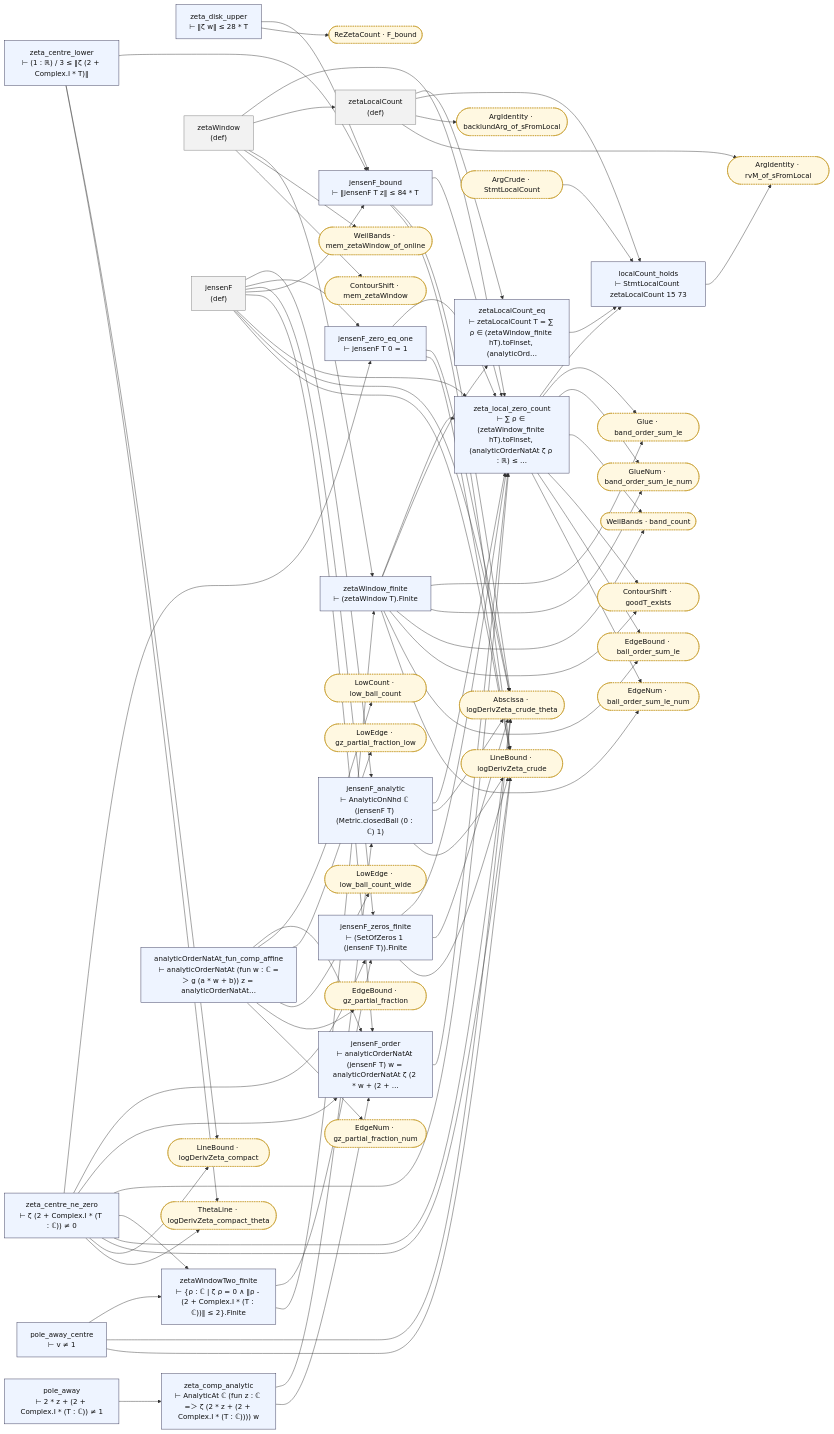
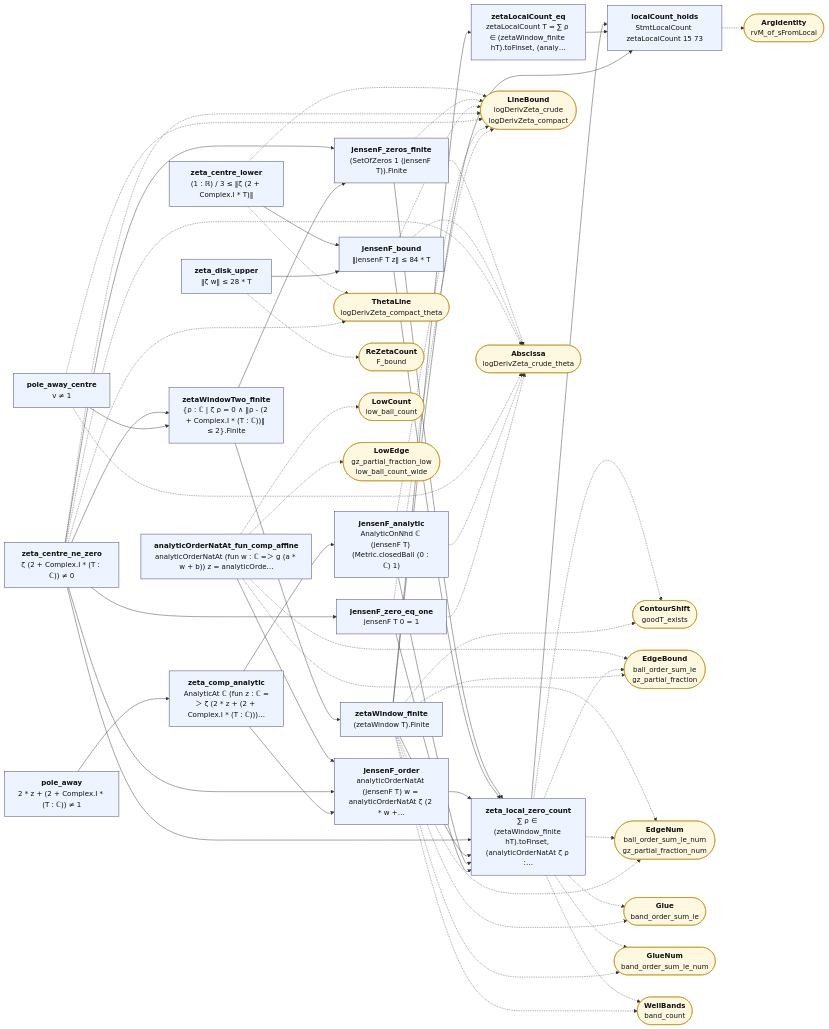
Before and after one commit to juliansambranojr/Primebeat_081426: the diagram in map/lean_stage3/JensenCount.md, drawn with Mermaid. The commit also changed other lines of this file and 387 other files, not shown here.

````diff
--- a/map/lean_stage3/JensenCount.md
+++ b/map/lean_stage3/JensenCount.md
@@ -8,126 +12,95 @@
 ```mermaid
 flowchart LR
-  n0["zeta_centre_lower<br/>⊢ (1 : ℝ) / 3 ≤ ‖ζ (2 + Complex.I * T)‖"]:::thm
-  n1["zeta_disk_upper<br/>⊢ ‖ζ w‖ ≤ 28 * T"]:::thm
-  n2["zeta_centre_ne_zero<br/>⊢ ζ (2 + Complex.I * (T : ℂ)) ≠ 0"]:::thm
-  n3["pole_away<br/>⊢ 2 * z + (2 + Complex.I * (T : ℂ)) ≠ 1"]:::thm
-  n4["pole_away_centre<br/>⊢ v ≠ 1"]:::thm
-  n5["zetaWindowTwo_finite<br/>⊢ {ρ : ℂ | ζ ρ = 0 ∧ ‖ρ - (2 + Complex.I * (T : ℂ))‖ ≤ 2}.Finite"]:::thm
-  n6["zetaWindow<br/>(def)"]:::dfn
-  n7["zetaWindow_finite<br/>⊢ (zetaWindow T).Finite"]:::thm
-  n8["jensenF<br/>(def)"]:::dfn
-  n9["zeta_comp_analytic<br/>⊢ AnalyticAt ℂ (fun z : ℂ =＞ ζ (2 * z + (2 + Complex.I * (T : ℂ)))) w"]:::thm
-  n10["jensenF_analytic<br/>⊢ AnalyticOnNhd ℂ (jensenF T) (Metric.closedBall (0 : ℂ) 1)"]:::thm
-  n11["jensenF_zero_eq_one<br/>⊢ jensenF T 0 = 1"]:::thm
-  n12["jensenF_zeros_finite<br/>⊢ (SetOfZeros 1 (jensenF T)).Finite"]:::thm
-  n13["jensenF_bound<br/>⊢ ‖jensenF T z‖ ≤ 84 * T"]:::thm
-  n14["analyticOrderNatAt_fun_comp_affine<br/>⊢ analyticOrderNatAt (fun w : ℂ =＞ g (a * w + b)) z = analyticOrderNatAt…"]:::thm
-  n15["jensenF_order<br/>⊢ analyticOrderNatAt (jensenF T) w = analyticOrderNatAt ζ (2 * w + (2 + …"]:::thm
-  n16["zeta_local_zero_count<br/>⊢ ∑ ρ ∈ (zetaWindow_finite hT).toFinset, (analyticOrderNatAt ζ ρ : ℝ) ≤ …"]:::thm
-  n17["zetaLocalCount<br/>(def)"]:::dfn
-  n18["zetaLocalCount_eq<br/>⊢ zetaLocalCount T = ∑ ρ ∈ (zetaWindow_finite hT).toFinset, (analyticOrd…"]:::thm
-  n19["localCount_holds<br/>⊢ StmtLocalCount zetaLocalCount 15 73"]:::thm
-  x0(["Abscissa · logDerivZeta_crude_theta"]):::ext
-  x1(["ArgCrude · StmtLocalCount"]):::ext
-  x2(["ArgIdentity · backlundArg_of_sFromLocal"]):::ext
-  x3(["ArgIdentity · rvM_of_sFromLocal"]):::ext
-  x4(["ContourShift · goodT_exists"]):::ext
-  x5(["ContourShift · mem_zetaWindow"]):::ext
-  x6(["EdgeBound · ball_order_sum_le"]):::ext
-  x7(["EdgeBound · gz_partial_fraction"]):::ext
-  x8(["EdgeNum · ball_order_sum_le_num"]):::ext
-  x9(["EdgeNum · gz_partial_fraction_num"]):::ext
-  x10(["Glue · band_order_sum_le"]):::ext
-  x11(["GlueNum · band_order_sum_le_num"]):::ext
-  x12(["LineBound · logDerivZeta_crude"]):::ext
-  x13(["LineBound · logDerivZeta_compact"]):::ext
-  x14(["LowCount · low_ball_count"]):::ext
-  x15(["LowEdge · gz_partial_fraction_low"]):::ext
-  x16(["LowEdge · low_ball_count_wide"]):::ext
-  x17(["ReZetaCount · F_bound"]):::ext
-  x18(["ThetaLine · logDerivZeta_compact_theta"]):::ext
-  x19(["WeilBands · band_count"]):::ext
-  x20(["WeilBands · mem_zetaWindow_of_online"]):::ext
-  n0 --> n13
-  n0 --> x13
-  n0 --> x18
-  n1 --> n13
-  n1 --> x17
-  n10 --> n16
-  n10 --> x0
-  n10 --> x12
-  n11 --> n16
-  n11 --> x0
-  n11 --> x12
-  n12 --> n16
-  n12 --> x0
-  n12 --> x12
-  n13 --> n16
-  n13 --> x0
-  n13 --> x12
-  n14 --> n15
-  n14 --> x14
-  n14 --> x15
-  n14 --> x16
-  n14 --> x7
-  n14 --> x9
+  n0["<b>zeta_centre_lower</b><br/>(1 : ℝ) / 3 ≤ ‖ζ (2 + Complex.I * T)‖"]:::thm
+  n1["<b>zeta_disk_upper</b><br/>‖ζ w‖ ≤ 28 * T"]:::thm
+  n2["<b>zeta_centre_ne_zero</b><br/>ζ (2 + Complex.I * (T : ℂ)) ≠ 0"]:::thm
+  n3["<b>pole_away</b><br/>2 * z + (2 + Complex.I * (T : ℂ)) ≠ 1"]:::thm
+  n4["<b>pole_away_centre</b><br/>v ≠ 1"]:::thm
+  n5["<b>zetaWindowTwo_finite</b><br/>{ρ : ℂ | ζ ρ = 0 ∧ ‖ρ - (2 + Complex.I * (T : ℂ))‖ ≤ 2}.Finite"]:::thm
+  n6["<b>zetaWindow_finite</b><br/>(zetaWindow T).Finite"]:::thm
+  n7["<b>zeta_comp_analytic</b><br/>AnalyticAt ℂ (fun z : ℂ =＞ ζ (2 * z + (2 + Complex.I * (T : ℂ)))…"]:::thm
+  n8["<b>jensenF_analytic</b><br/>AnalyticOnNhd ℂ (jensenF T) (Metric.closedBall (0 : ℂ) 1)"]:::thm
+  n9["<b>jensenF_zero_eq_one</b><br/>jensenF T 0 = 1"]:::thm
+  n10["<b>jensenF_zeros_finite</b><br/>(SetOfZeros 1 (jensenF T)).Finite"]:::thm
+  n11["<b>jensenF_bound</b><br/>‖jensenF T z‖ ≤ 84 * T"]:::thm
+  n12["<b>analyticOrderNatAt_fun_comp_affine</b><br/>analyticOrderNatAt (fun w : ℂ =＞ g (a * w + b)) z = analyticOrde…"]:::thm
+  n13["<b>jensenF_order</b><br/>analyticOrderNatAt (jensenF T) w = analyticOrderNatAt ζ (2 * w +…"]:::thm
+  n14["<b>zeta_local_zero_count</b><br/>∑ ρ ∈ (zetaWindow_finite hT).toFinset, (analyticOrderNatAt ζ ρ :…"]:::thm
+  n15["<b>zetaLocalCount_eq</b><br/>zetaLocalCount T = ∑ ρ ∈ (zetaWindow_finite hT).toFinset, (analy…"]:::thm
+  n16["<b>localCount_holds</b><br/>StmtLocalCount zetaLocalCount 15 73"]:::thm
+  x0(["<b>LineBound</b><br/>logDerivZeta_crude<br/>logDerivZeta_compact"]):::ext
+  x1(["<b>ThetaLine</b><br/>logDerivZeta_compact_theta"]):::ext
+  x2(["<b>ReZetaCount</b><br/>F_bound"]):::ext
+  x3(["<b>Abscissa</b><br/>logDerivZeta_crude_theta"]):::ext
+  x4(["<b>ContourShift</b><br/>goodT_exists"]):::ext
+  x5(["<b>EdgeBound</b><br/>ball_order_sum_le<br/>gz_partial_fraction"]):::ext
+  x6(["<b>EdgeNum</b><br/>ball_order_sum_le_num<br/>gz_partial_fraction_num"]):::ext
+  x7(["<b>Glue</b><br/>band_order_sum_le"]):::ext
+  x8(["<b>GlueNum</b><br/>band_order_sum_le_num"]):::ext
+  x9(["<b>WeilBands</b><br/>band_count"]):::ext
+  x10(["<b>LowCount</b><br/>low_ball_count"]):::ext
+  x11(["<b>LowEdge</b><br/>gz_partial_fraction_low<br/>low_ball_count_wide"]):::ext
+  x12(["<b>ArgIdentity</b><br/>rvM_of_sFromLocal"]):::ext
+  n0 --> n11
+  n1 --> n11
+  n10 --> n14
+  n11 --> n14
+  n12 --> n13
+  n13 --> n14
+  n14 --> n16
   n15 --> n16
-  n16 --> n19
-  n16 --> x10
-  n16 --> x11
-  n16 --> x19
-  n16 --> x4
-  n16 --> x6
-  n16 --> x8
-  n17 --> n18
-  n17 --> n19
-  n17 --> x2
-  n17 --> x3
-  n18 --> n19
-  n19 --> x3
-  n2 --> n11
-  n2 --> n12
-  n2 --> n15
-  n2 --> n16
+  n2 --> n10
+  n2 --> n13
+  n2 --> n14
   n2 --> n5
-  n2 --> x0
-  n2 --> x12
-  n2 --> x13
-  n2 --> x18
-  n3 --> n9
+  n2 --> n9
+  n3 --> n7
   n4 --> n5
-  n4 --> x0
-  n4 --> x12
-  n5 --> n12
-  n5 --> n7
+  n5 --> n10
+  n5 --> n6
+  n6 --> n14
+  n6 --> n15
   n6 --> n16
-  n6 --> n17
-  n6 --> n7
-  n6 --> x20
-  n6 --> x5
-  n7 --> n16
-  n7 --> n18
-  n7 --> x10
-  n7 --> x11
-  n7 --> x19
-  n7 --> x4
-  n7 --> x6
-  n7 --> x8
-  n8 --> n10
-  n8 --> n11
-  n8 --> n12
-  n8 --> n13
-  n8 --> n15
-  n8 --> n16
-  n8 --> x0
-  n8 --> x12
-  n9 --> n10
-  n9 --> n15
-  x1 --> n19
+  n7 --> n13
+  n7 --> n8
+  n8 --> n14
+  n9 --> n14
+  n0 -.-> x0
+  n0 -.-> x1
+  n1 -.-> x2
+  n10 -.-> x0
+  n10 -.-> x3
+  n11 -.-> x0
+  n11 -.-> x3
+  n12 -.-> x10
+  n12 -.-> x11
+  n12 -.-> x5
+  n12 -.-> x6
+  n14 -.-> x4
+  n14 -.-> x5
+  n14 -.-> x6
+  n14 -.-> x7
+  n14 -.-> x8
+  n14 -.-> x9
+  n16 -.-> x12
+  n2 -.-> x0
+  n2 -.-> x1
+  n2 -.-> x3
+  n4 -.-> x0
+  n4 -.-> x3
+  n6 -.-> x4
+  n6 -.-> x5
+  n6 -.-> x6
+  n6 -.-> x7
+  n6 -.-> x8
+  n6 -.-> x9
+  n8 -.-> x0
+  n8 -.-> x3
+  n9 -.-> x0
+  n9 -.-> x3
   classDef thm fill:#eef4ff,stroke:#335,color:#111
-  classDef dfn fill:#f2f2f2,stroke:#777,color:#111
   classDef end_ fill:#e7f7e7,stroke:#2a7,color:#111,stroke-width:2px
   classDef lone fill:#fff,stroke:#999,color:#111,stroke-dasharray:4 3
   classDef bad fill:#ffe5e5,stroke:#c22,color:#111,stroke-width:2px
-  classDef ext fill:#fff8e1,stroke:#b80,color:#111,stroke-dasharray:2 2
+  classDef ext fill:#fff8e1,stroke:#b80,color:#111
 ```
````
